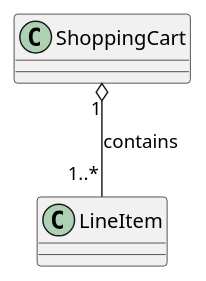
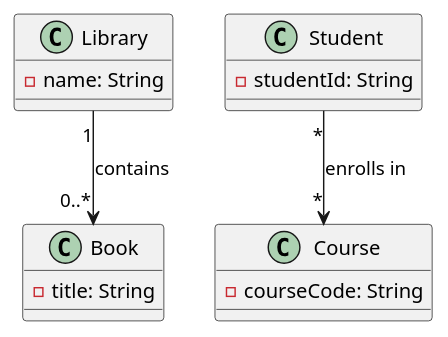
One commit to andikatjacobdennis/UML changed the third of 9 diagrams in relationships/UML_Relationships_Tutorial.md. Above: the diagram before and after it, drawn with PlantUML. The commit also changed other lines of this file, not shown here.

````diff
--- a/relationships/UML_Relationships_Tutorial.md
+++ b/relationships/UML_Relationships_Tutorial.md
@@ -84,10 +47,19 @@
 ```plantuml
 @startuml
-class ShoppingCart {
+class Library {
+  -name: String
 }
-class LineItem {
+class Book {
+  -title: String
 }
+Library "1" --> "0..*" Book : contains
 
-ShoppingCart "1" o-- "1..*" LineItem : contains
+class Student {
+  -studentId: String
+}
+class Course {
+  -courseCode: String
+}
+Student "*" --> "*" Course : enrolls in
 @enduml
 ```
````
